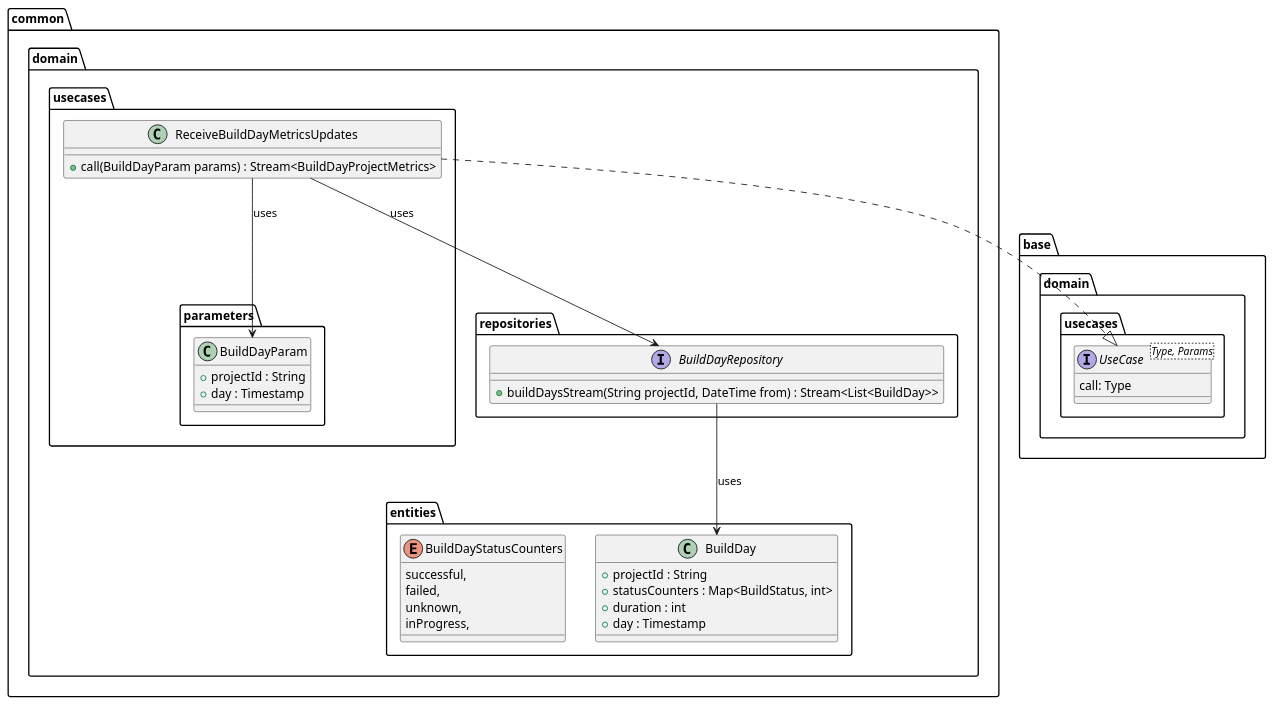
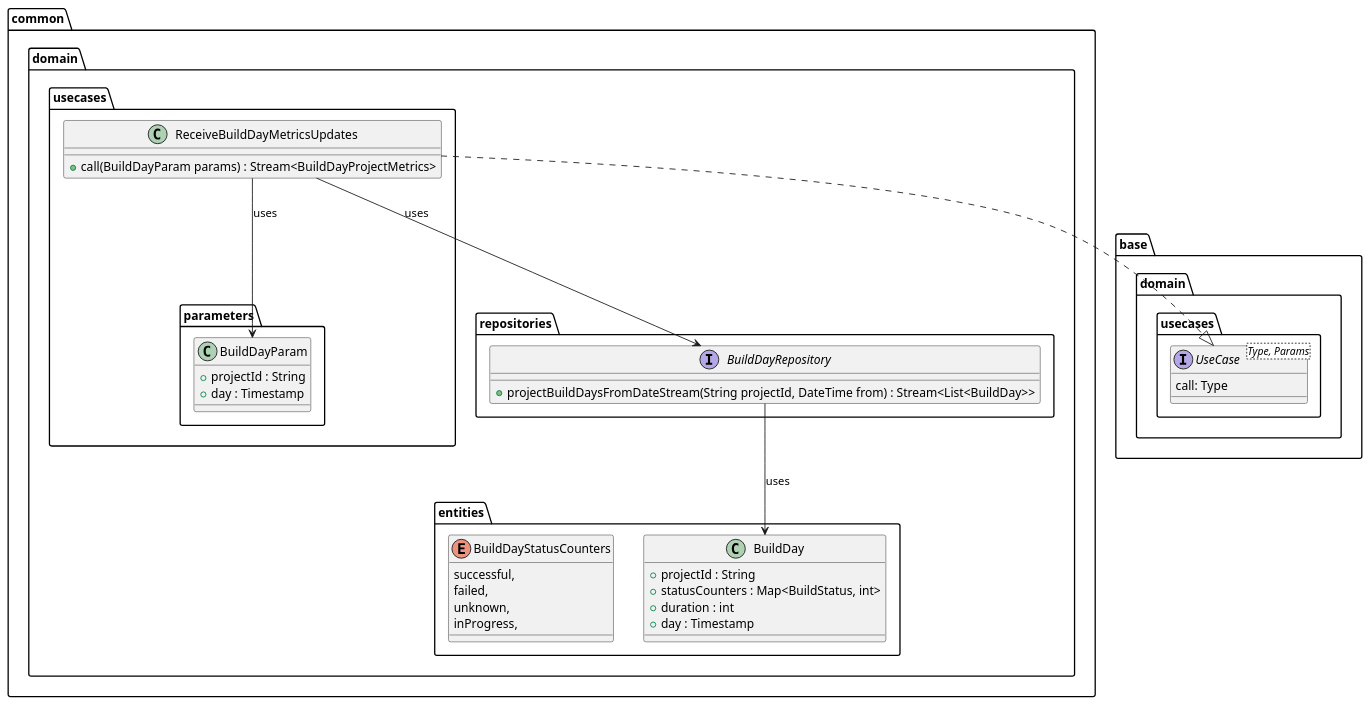
One commit to Flank/flank-dashboard changed the diagram in metrics/web/docs/features/builds_aggregation/diagrams/build_days_domain_layer_class_diagram.puml. Above: the diagram before and after it, drawn with PlantUML. The commit also changed 1 other file, not shown here.

Commit message:
Fix stream name in diagrams

```diff
--- a/metrics/web/docs/features/builds_aggregation/diagrams/build_days_domain_layer_class_diagram.puml
+++ b/metrics/web/docs/features/builds_aggregation/diagrams/build_days_domain_layer_class_diagram.puml
@@ -1,51 +1,51 @@
 @startuml build_days_domain_layer_class_diagram
 
 package base.domain.usecases {
     interface UseCase<Type, Params> {
         call: Type
     }
 }
 
 package common.domain {
     package entities {
         class BuildDay {
             + projectId : String
             + statusCounters : Map<BuildStatus, int>
             + duration : int
             + day : Timestamp
         }
 
         enum BuildDayStatusCounters {
                 successful,
                 failed,
                 unknown,
                 inProgress,
             }
     }
     
     package repositories {
         interface BuildDayRepository {
-            + buildDaysStream(String projectId, DateTime from) : Stream<List<BuildDay>>
+            + projectBuildDaysFromDateStream(String projectId, DateTime from) : Stream<List<BuildDay>>
         }
     }
 
     package usecases {
         class ReceiveBuildDayMetricsUpdates {
             + call(BuildDayParam params) : Stream<BuildDayProjectMetrics>
         }
 
         package parameters {
             class BuildDayParam {
                 + projectId : String
                 + day : Timestamp
             }
         }
     }    
 }
 
 BuildDayRepository --> BuildDay : uses
 ReceiveBuildDayMetricsUpdates ..|> UseCase
 ReceiveBuildDayMetricsUpdates --> BuildDayRepository : uses
 ReceiveBuildDayMetricsUpdates --> BuildDayParam : uses
 
 @enduml
```
